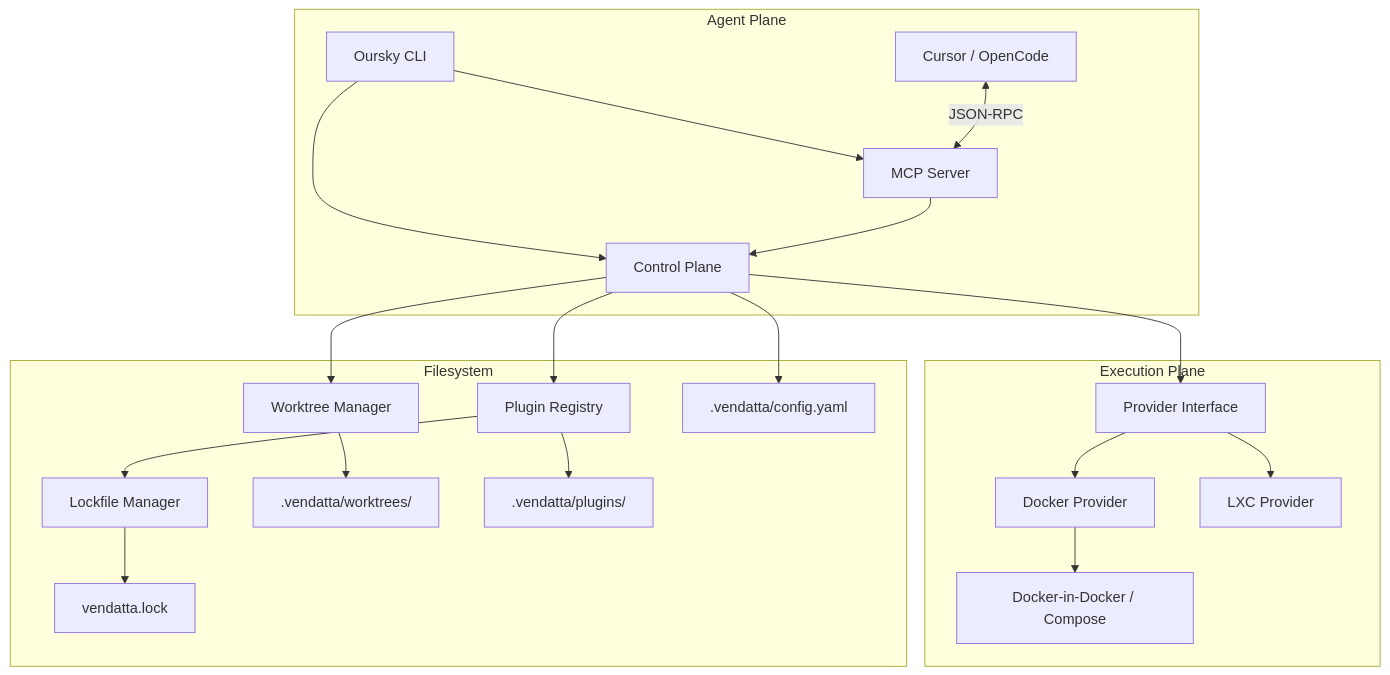
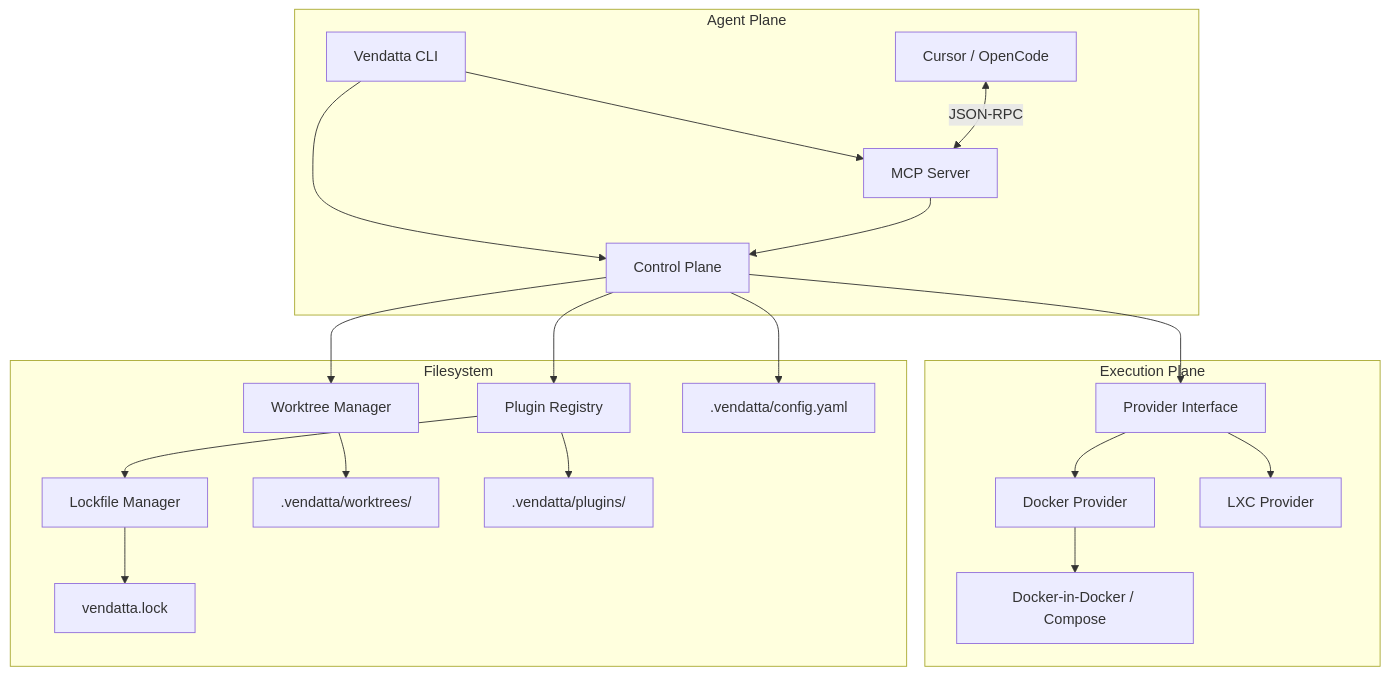
The diagram in docs/spec/technical/architecture.md (IniZio/vendatta), drawn with Mermaid before and after one commit. The commit also changed other lines of this file and 47 other files, not shown here.

````diff
--- a/docs/spec/technical/architecture.md
+++ b/docs/spec/technical/architecture.md
@@ -8,27 +8,27 @@
 ```mermaid
 graph TD
-    CLI[Oursky CLI] --> CP[Control Plane]
+    CLI[Vendatta CLI] --> CP[Control Plane]
     CP --> WM[Worktree Manager]
     CP --> P[Provider Interface]
     CP --> PR[Plugin Registry]
     PR --> LM[Lockfile Manager]
     
     subgraph "Execution Plane"
         P --> Docker[Docker Provider]
         P --> LXC[LXC Provider]
         Docker --> DinD[Docker-in-Docker / Compose]
     end
     
     subgraph "Agent Plane"
         CLI --> MCP[MCP Server]
         MCP --> CP
         UserAgent[Cursor / OpenCode] <-->|JSON-RPC| MCP
     end
 
     subgraph "Filesystem"
         WM --> WT[.vendatta/worktrees/]
         CP --> CFG[.vendatta/config.yaml]
         PR --> PS[.vendatta/plugins/]
         LM --> LF[vendatta.lock]
     end
 ```
````
